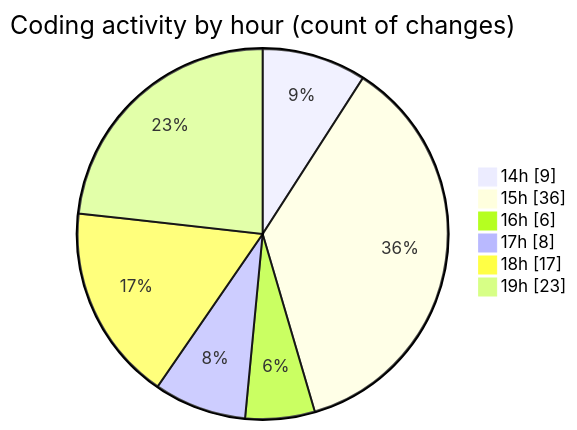
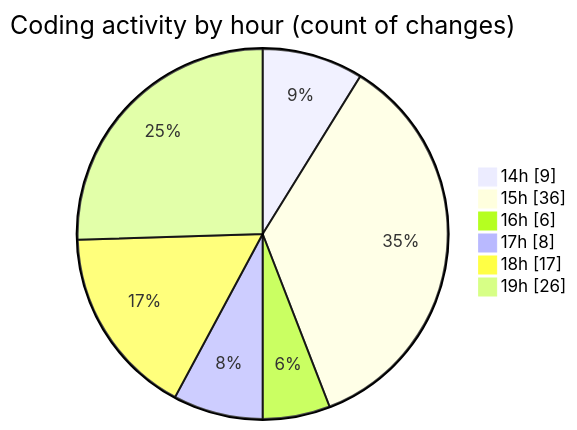
One commit to Ritupan-Deka/code-tracking changed the second of 2 diagrams in 2025-06-17/projects/README.md. Above: the diagram before and after it, drawn with Mermaid. The commit also changed other lines of this file and 1 other file, not shown here.

````diff
--- a/2025-06-17/projects/README.md
+++ b/2025-06-17/projects/README.md
@@ -29,10 +29,10 @@
 ```mermaid
 pie showData
 title Coding activity by hour (count of changes)
 "14h" : 9
 "15h" : 36
 "16h" : 6
 "17h" : 8
 "18h" : 17
-"19h" : 23
+"19h" : 26
 ```
````
